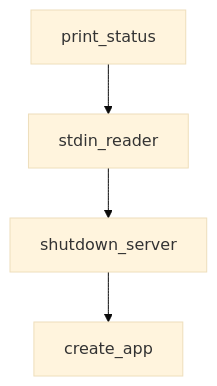
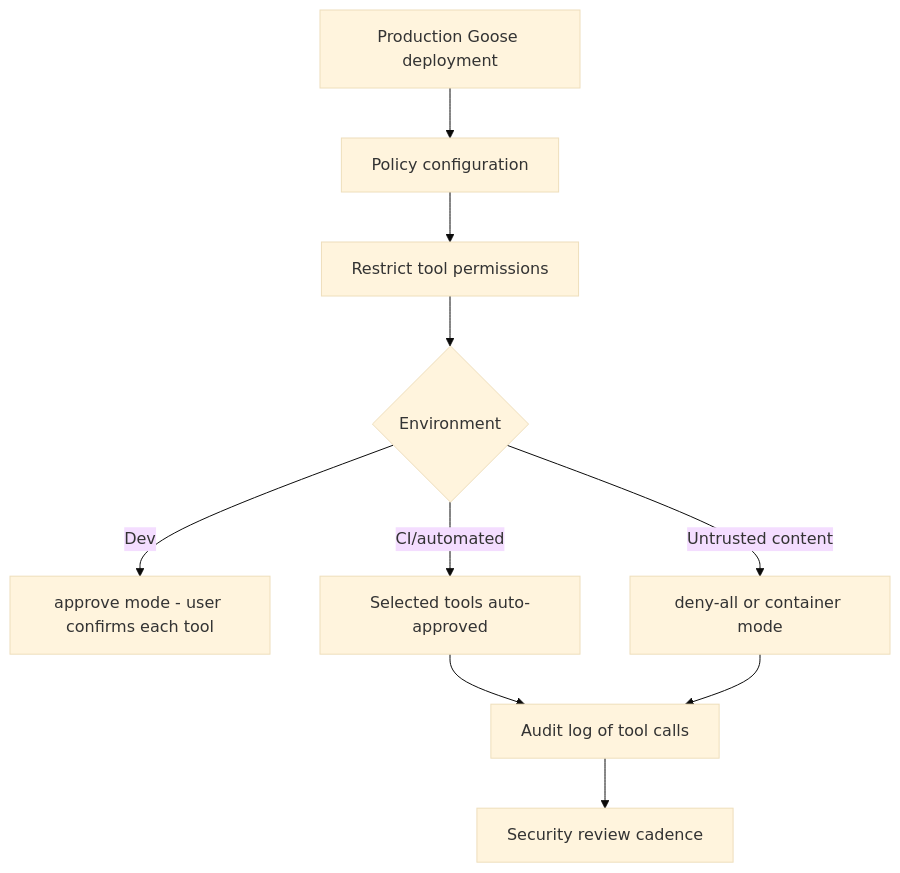
The second of 2 diagrams in tutorials/goose-tutorial/08-production-operations-and-security.md (johnxie/awesome-code-docs), drawn with Mermaid (base theme) before and after one commit. The commit also changed other lines of this file and 1232 other files, not shown here.

````diff
--- a/tutorials/goose-tutorial/08-production-operations-and-security.md
+++ b/tutorials/goose-tutorial/08-production-operations-and-security.md
@@ -231,10 +171,12 @@
 ```mermaid
 flowchart TD
-    A[print_status]
-    B[stdin_reader]
-    C[shutdown_server]
-    D[create_app]
-    A --> B
-    B --> C
-    C --> D
+    A[Production Goose deployment] --> B[Policy configuration]
+    B --> C[Restrict tool permissions]
+    C --> D{Environment}
+    D -->|Dev| E[approve mode - user confirms each tool]
+    D -->|CI/automated| F[Selected tools auto-approved]
+    D -->|Untrusted content| G[deny-all or container mode]
+    F --> H[Audit log of tool calls]
+    G --> H
+    H --> I[Security review cadence]
 ```
````
